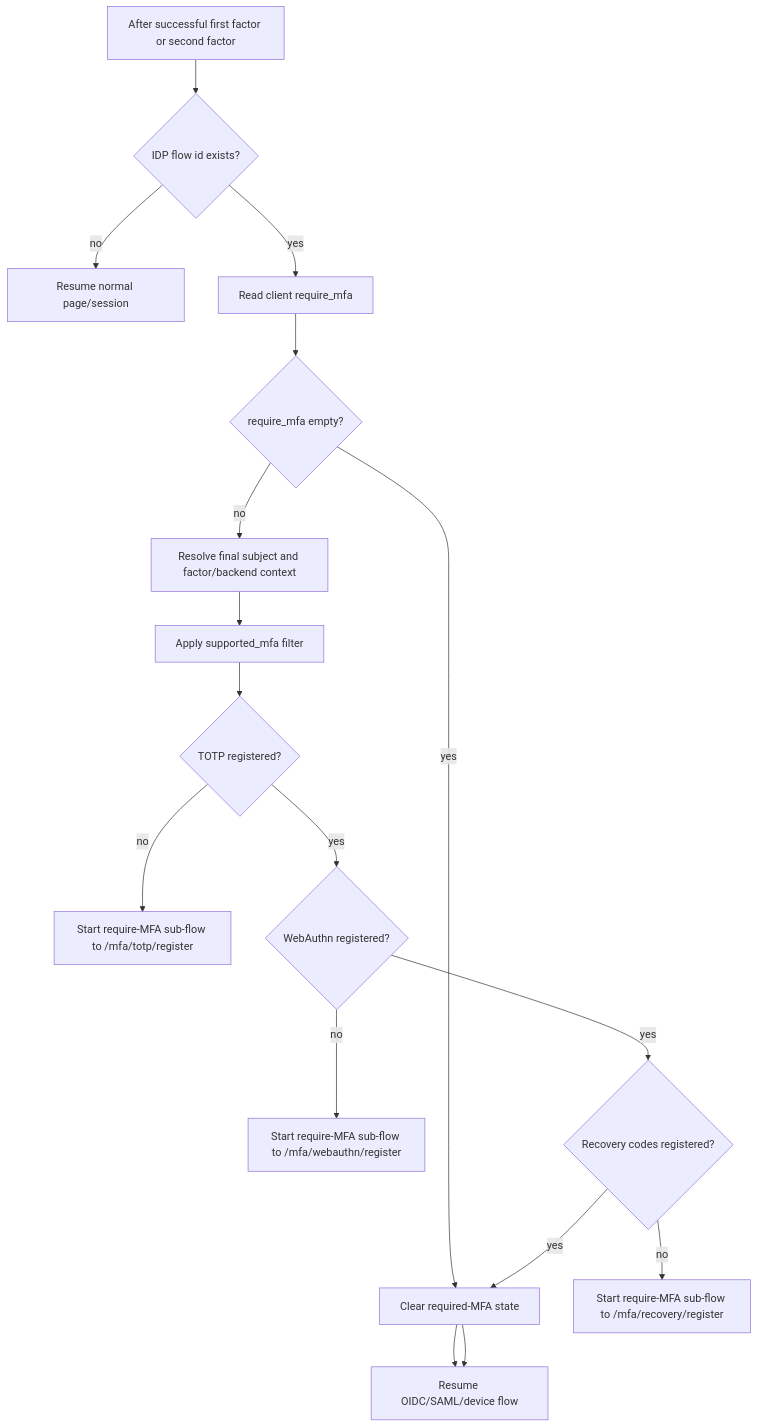
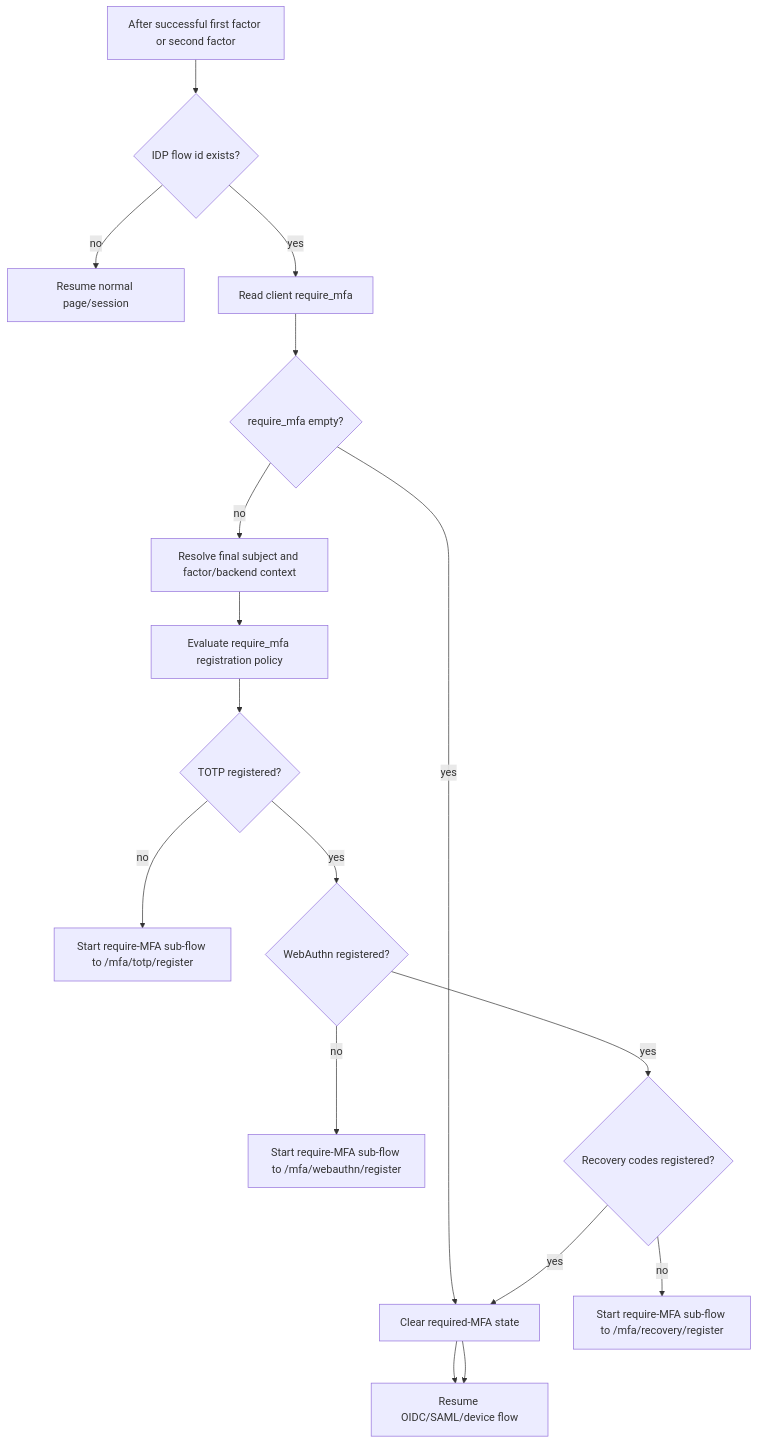
The sixth of 7 diagrams in server/docs/development/idp-mfa-flow.md (croessner/nauthilus), drawn with Mermaid before and after one commit. The commit also changed other lines of this file and 3 other files, not shown here.

First line of the commit message:
Fix: Preserve OIDC reentry flow state

````diff
--- a/server/docs/development/idp-mfa-flow.md
+++ b/server/docs/development/idp-mfa-flow.md
@@ -204,17 +239,17 @@
 ```mermaid
 flowchart TD
   Start["After successful first factor or second factor"] --> HasFlow{"IDP flow id exists?"}
   HasFlow -- "no" --> Resume["Resume normal page/session"]
   HasFlow -- "yes" --> Required["Read client require_mfa"]
   Required --> Empty{"require_mfa empty?"}
   Empty -- "yes" --> Clear["Clear required-MFA state"] --> ResumeIDP["Resume OIDC/SAML/device flow"]
   Empty -- "no" --> Identity["Resolve final subject and factor/backend context"]
-  Identity --> Supported["Apply supported_mfa filter"]
-  Supported --> CheckTOTP{"TOTP registered?"}
+  Identity --> RequiredPolicy["Evaluate require_mfa registration policy"]
+  RequiredPolicy --> CheckTOTP{"TOTP registered?"}
   CheckTOTP -- "no" --> RegisterTOTP["Start require-MFA sub-flow to /mfa/totp/register"]
   CheckTOTP -- "yes" --> CheckWebAuthn{"WebAuthn registered?"}
   CheckWebAuthn -- "no" --> RegisterWebAuthn["Start require-MFA sub-flow to /mfa/webauthn/register"]
   CheckWebAuthn -- "yes" --> CheckRecovery{"Recovery codes registered?"}
   CheckRecovery -- "no" --> RegisterRecovery["Start require-MFA sub-flow to /mfa/recovery/register"]
   CheckRecovery -- "yes" --> Clear --> ResumeIDP
 ```
````
